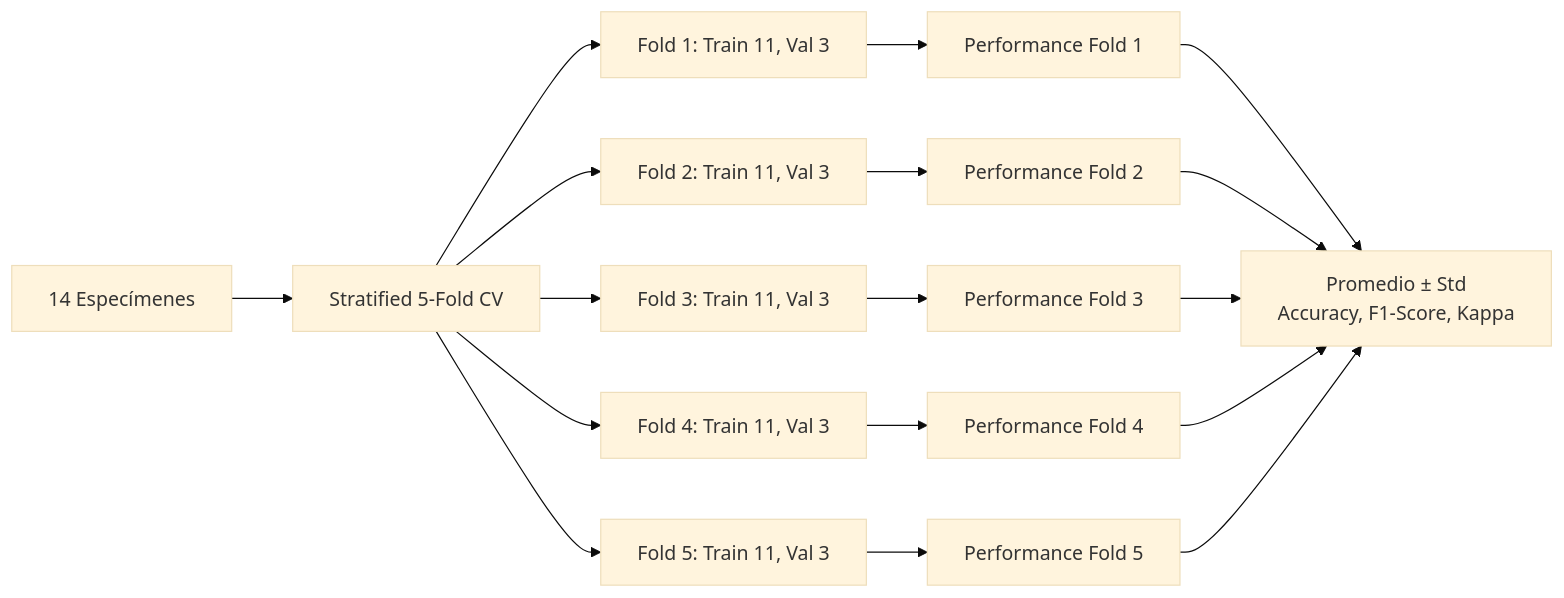
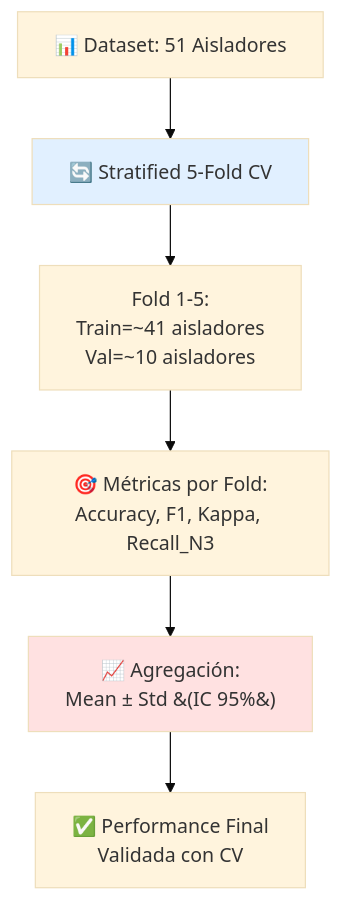
One commit to giansmart/deepsolation changed the fourth of 5 diagrams in PROPUESTA_CNN_ARQUITECTURA.md. Above: the diagram before and after it, drawn with Mermaid (base theme). The commit also changed other lines of this file, not shown here.

````diff
--- a/PROPUESTA_CNN_ARQUITECTURA.md
+++ b/PROPUESTA_CNN_ARQUITECTURA.md
@@ -532,22 +526,16 @@
 ```mermaid
-graph LR
-    A[14 Especímenes] --> B[Stratified 5-Fold CV]
+graph TB
+    A[📊 Dataset: 51 Aisladores]
+    A --> B[🔄 Stratified 5-Fold CV]
 
-    B --> C[Fold 1: Train 11, Val 3]
-    B --> D[Fold 2: Train 11, Val 3]
-    B --> E[Fold 3: Train 11, Val 3]
-    B --> F[Fold 4: Train 11, Val 3]
-    B --> G[Fold 5: Train 11, Val 3]
+    B --> C[Fold 1-5:<br/>Train=~41 aisladores<br/>Val=~10 aisladores]
 
-    C --> H[Performance Fold 1]
-    D --> I[Performance Fold 2]
-    E --> J[Performance Fold 3]
-    F --> K[Performance Fold 4]
-    G --> L[Performance Fold 5]
+    C --> D[🎯 Métricas por Fold:<br/>Accuracy, F1, Kappa, Recall_N3]
 
-    H --> M[Promedio ± Std<br/>Accuracy, F1-Score, Kappa]
-    I --> M
-    J --> M
-    K --> M
-    L --> M
+    D --> E[📈 Agregación:<br/>Mean ± Std &#40;IC 95%&#41;]
+
+    E --> F[✅ Performance Final<br/>Validada con CV]
+
+    style B fill:#e1f0ff
+    style E fill:#ffe1e1
 ```
````
